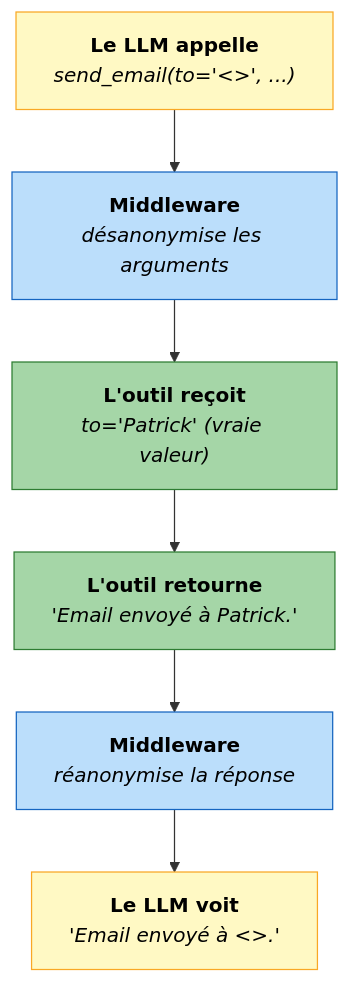
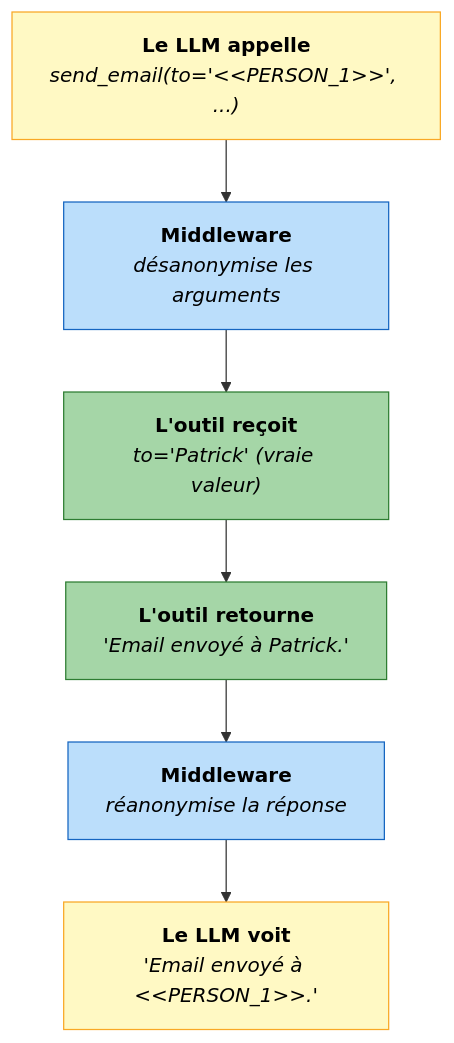
Before and after one commit to Athroniaeth/piighost: the third of 4 diagrams in docs/fr/examples/langchain.md, drawn with Mermaid. The commit also changed other lines of this file and 1 other file, not shown here.

First line of the commit message:
docs(langchain): escape angle brackets in Mermaid placeholders

````diff
--- a/docs/fr/examples/langchain.md
+++ b/docs/fr/examples/langchain.md
@@ -188,21 +188,21 @@
 ```mermaid
 flowchart TB
     classDef tool fill:#A5D6A7,stroke:#2E7D32,color:#000
     classDef mw fill:#BBDEFB,stroke:#1565C0,color:#000
     classDef llm fill:#FFF9C4,stroke:#F9A825,color:#000
 
     L1["`**Le LLM appelle**
-    _send_email(to='<<PERSON_1>>', ...)_`"]:::llm
+    _send_email(to='&lt;&lt;PERSON_1&gt;&gt;', ...)_`"]:::llm
     M1["`**Middleware**
     _désanonymise les arguments_`"]:::mw
     T1["`**L'outil reçoit**
     _to='Patrick' (vraie valeur)_`"]:::tool
     T2["`**L'outil retourne**
     _'Email envoyé à Patrick.'_`"]:::tool
     M2["`**Middleware**
     _réanonymise la réponse_`"]:::mw
     L2["`**Le LLM voit**
-    _'Email envoyé à <<PERSON_1>>.'_`"]:::llm
+    _'Email envoyé à &lt;&lt;PERSON_1&gt;&gt;.'_`"]:::llm
 
     L1 --> M1 --> T1 --> T2 --> M2 --> L2
 ```
````
